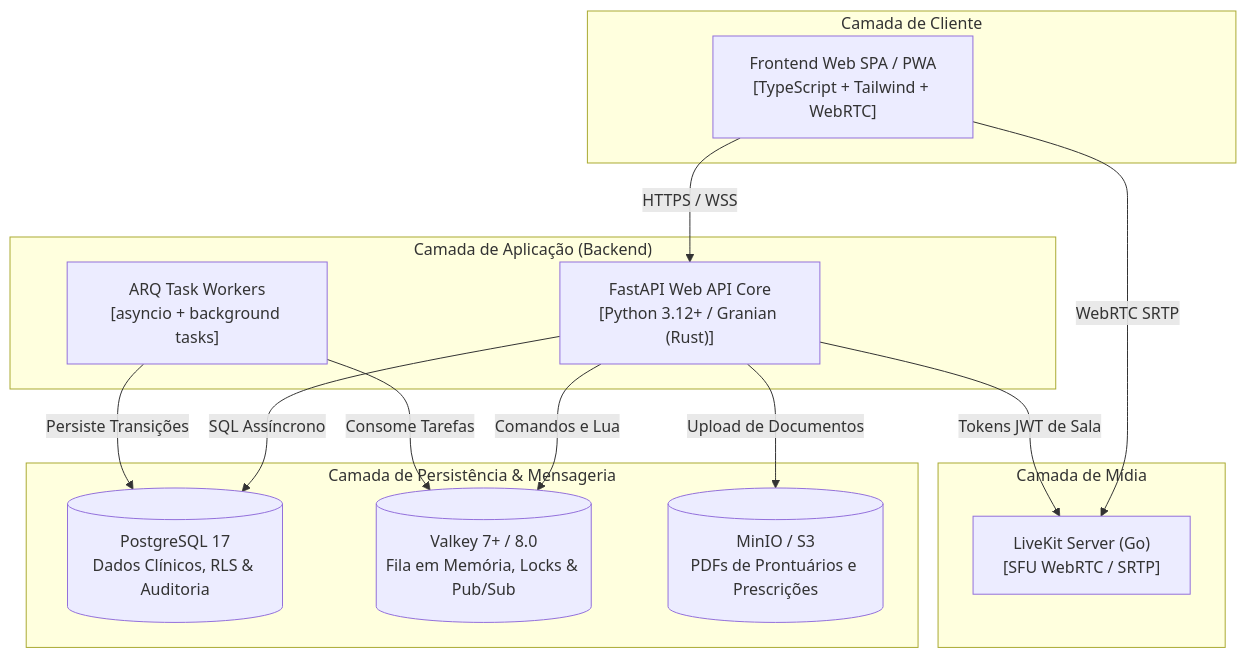
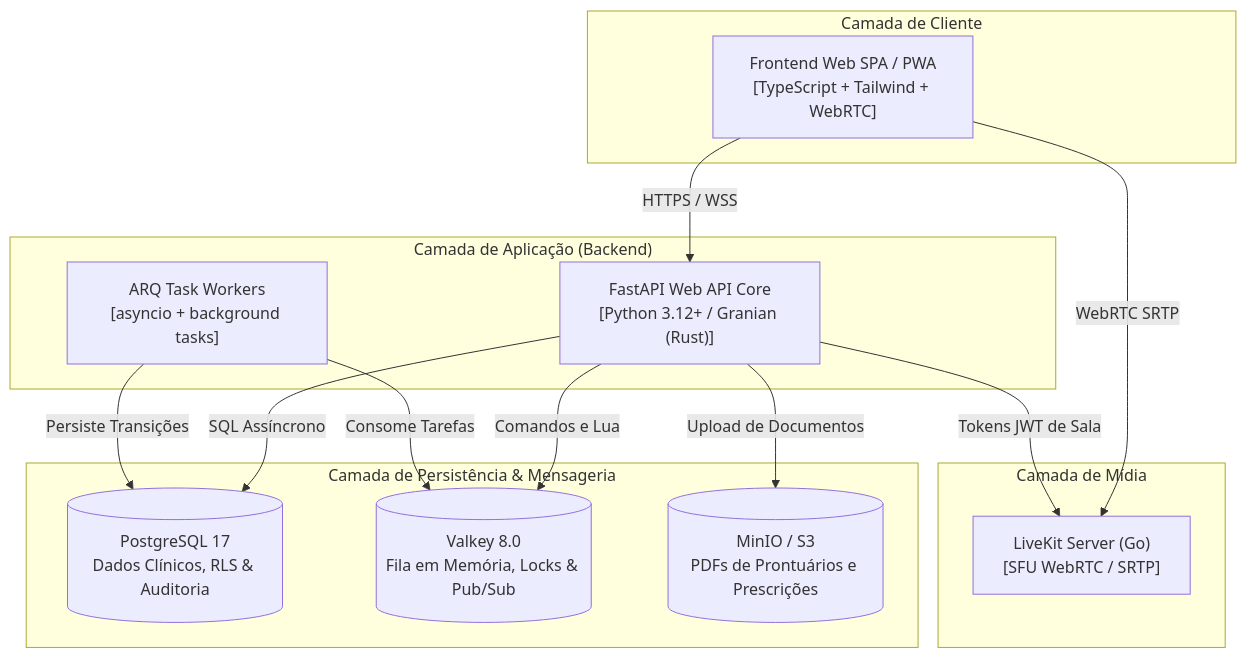
Before and after one commit to Rafaelp122/medisync: the third of 3 diagrams in docs/explanation/architecture/overview.md, drawn with Mermaid. The commit also changed other lines of this file and 9 other files, not shown here.

````diff
--- a/docs/explanation/architecture/overview.md
+++ b/docs/explanation/architecture/overview.md
@@ -87,30 +87,30 @@
 ```mermaid
 flowchart TD
     subgraph ClientLayer["Camada de Cliente"]
         WebPWA["Frontend Web SPA / PWA<br/>[TypeScript + Tailwind + WebRTC]"]
     end
 
     subgraph AppLayer["Camada de Aplicação (Backend)"]
         API["FastAPI Web API Core<br/>[Python 3.12+ / Granian (Rust)]"]
         Worker["ARQ Task Workers<br/>[asyncio + background tasks]"]
     end
 
     subgraph DataLayer["Camada de Persistência & Mensageria"]
         DB[(PostgreSQL 17<br/>Dados Clínicos, RLS & Auditoria)]
-        Cache[(Valkey 7+ / 8.0<br/>Fila em Memória, Locks & Pub/Sub)]
+        Cache[(Valkey 8.0<br/>Fila em Memória, Locks & Pub/Sub)]
         Storage[(MinIO / S3<br/>PDFs de Prontuários e Prescrições)]
     end
 
     subgraph MediaLayer["Camada de Mídia"]
         SFU["LiveKit Server (Go)<br/>[SFU WebRTC / SRTP]"]
     end
 
     WebPWA -->|HTTPS / WSS| API
     WebPWA -->|WebRTC SRTP| SFU
     API -->|SQL Assíncrono| DB
     API -->|Comandos e Lua| Cache
     API -->|Tokens JWT de Sala| SFU
     API -->|Upload de Documentos| Storage
     Worker -->|Consome Tarefas| Cache
     Worker -->|Persiste Transições| DB
 ```
````
